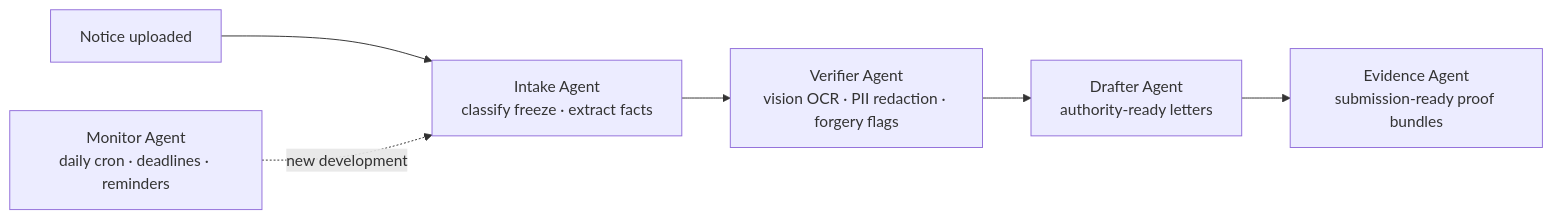
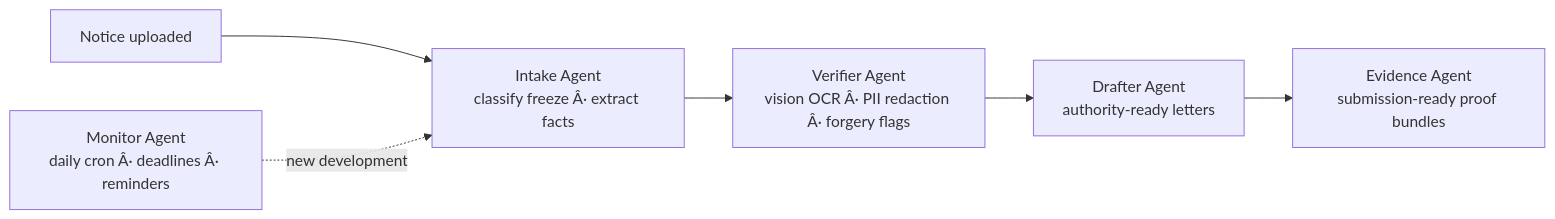
One commit to thribhuvan003/unhold changed the diagram in README.md. Above: the diagram before and after it, drawn with Mermaid. The commit also changed other lines of this file, not shown here.

````diff
--- a/README.md
+++ b/README.md
@@ -65,8 +65,8 @@
 ```mermaid
 flowchart LR
-    N[Notice uploaded] --> I[Intake Agent<br/>classify freeze · extract facts]
-    I --> V[Verifier Agent<br/>vision OCR · PII redaction · forgery flags]
+    N[Notice uploaded] --> I[Intake Agent<br/>classify freeze Â· extract facts]
+    I --> V[Verifier Agent<br/>vision OCR Â· PII redaction Â· forgery flags]
     V --> D[Drafter Agent<br/>authority-ready letters]
     D --> E[Evidence Agent<br/>submission-ready proof bundles]
-    M[Monitor Agent<br/>daily cron · deadlines · reminders] -.->|new development| I
+    M[Monitor Agent<br/>daily cron Â· deadlines Â· reminders] -.->|new development| I
 ```
````
